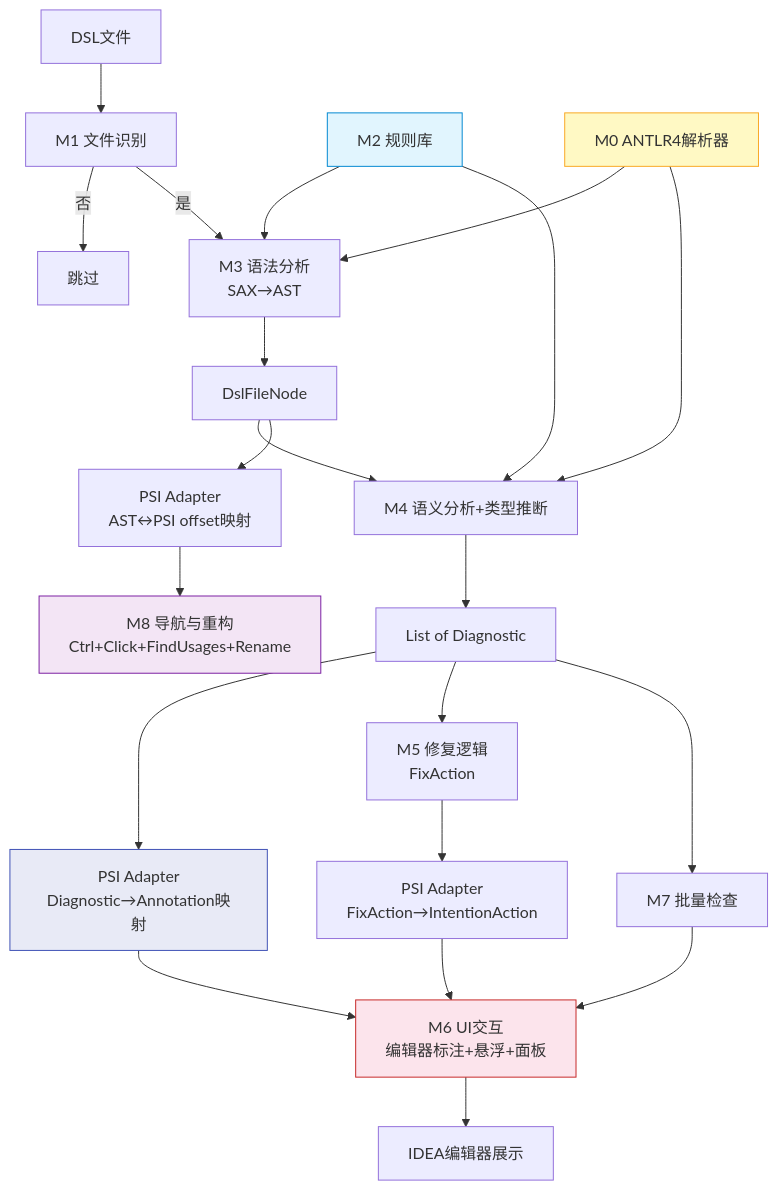
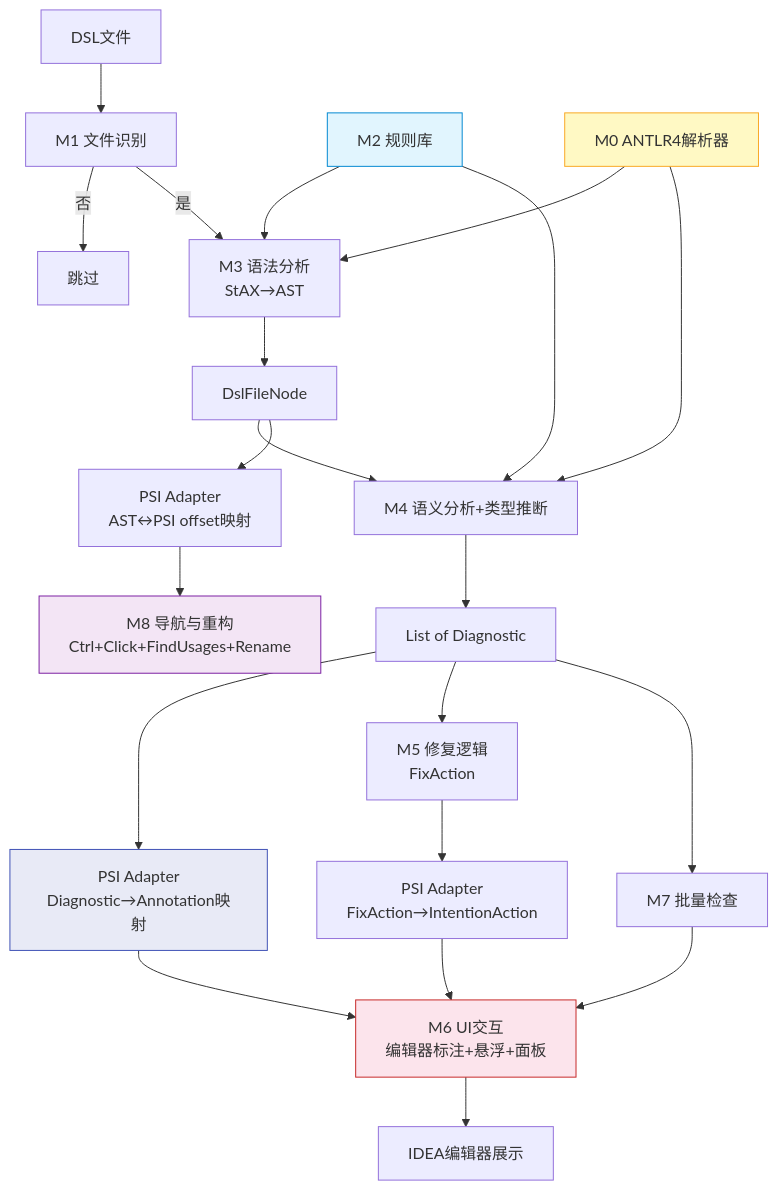
One commit to araragi-koyomin/theme-engine-dsl-static-analyzer changed the third of 3 diagrams in docs/Architecture.md. Above: the diagram before and after it, drawn with Mermaid. The commit also changed other lines of this file and 1 other file, not shown here.

Commit message:
docs: update Architecture + TDD — SAX→StAX, package names, version labels, CLI params

````diff
--- a/docs/Architecture.md
+++ b/docs/Architecture.md
@@ -265,34 +265,34 @@
 ```mermaid
 flowchart TD
     Input[DSL文件] --> M1[M1 文件识别]
     M1 -->|否| Skip[跳过]
-    M1 -->|是| M3[M3 语法分析<br/>SAX→AST]
+    M1 -->|是| M3[M3 语法分析<br/>StAX→AST]
     M3 --> AST[DslFileNode]
     AST --> M4[M4 语义分析+类型推断]
     M2[M2 规则库] --> M3
     M2 --> M4
     M0[M0 ANTLR4解析器] --> M3
     M0 --> M4
     M4 --> Diag[List of Diagnostic]
 
     Diag --> PSI[PSI Adapter<br/>Diagnostic→Annotation映射]
     PSI --> M6[M6 UI交互<br/>编辑器标注+悬浮+面板]
 
     Diag --> M5[M5 修复逻辑<br/>FixAction]
     M5 --> PSI2[PSI Adapter<br/>FixAction→IntentionAction]
     PSI2 --> M6
 
     AST --> PSI3[PSI Adapter<br/>AST↔PSI offset映射]
     PSI3 --> M8[M8 导航与重构<br/>Ctrl+Click+FindUsages+Rename]
 
     Diag --> M7[M7 批量检查]
     M7 --> M6
 
     M6 --> Display[IDEA编辑器展示]
 
     style M2 fill:#e1f5fe,stroke:#0288d1
     style M0 fill:#fff9c4,stroke:#f9a825
     style PSI fill:#e8eaf6,stroke:#3f51b5
     style M6 fill:#fce4ec,stroke:#c62828
     style M8 fill:#f3e5f5,stroke:#7b1fa2
 ```
````
